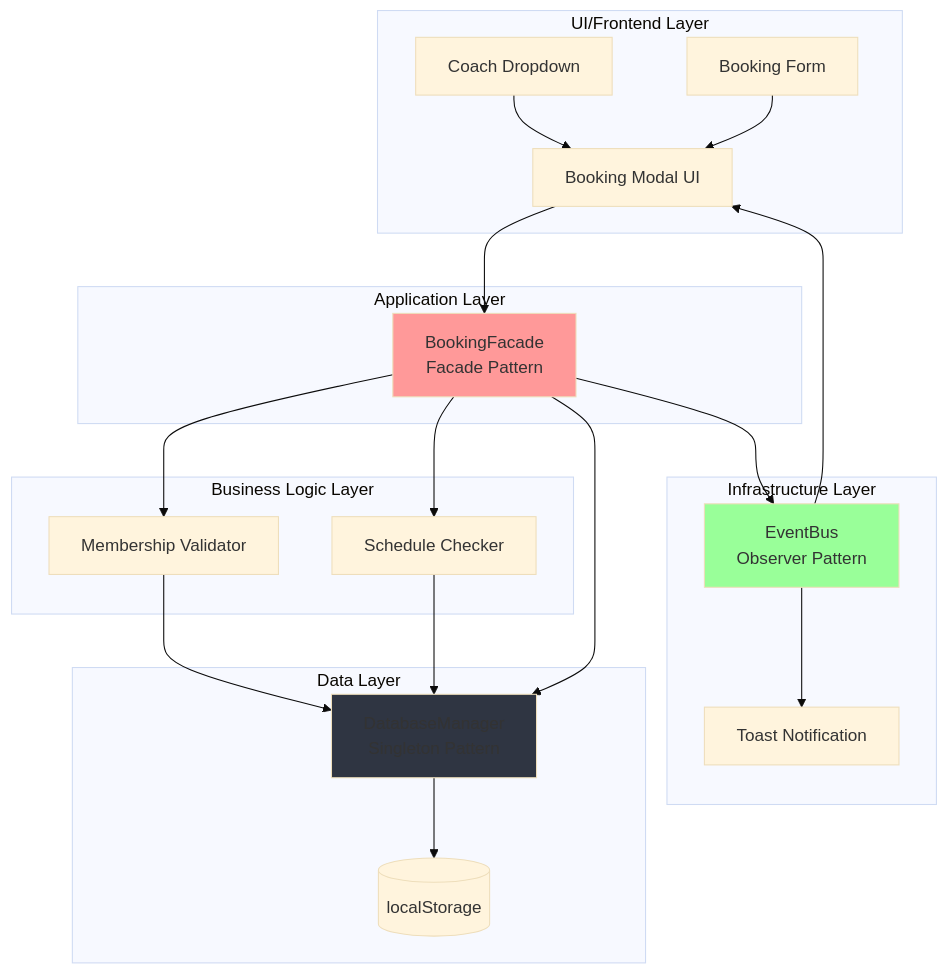
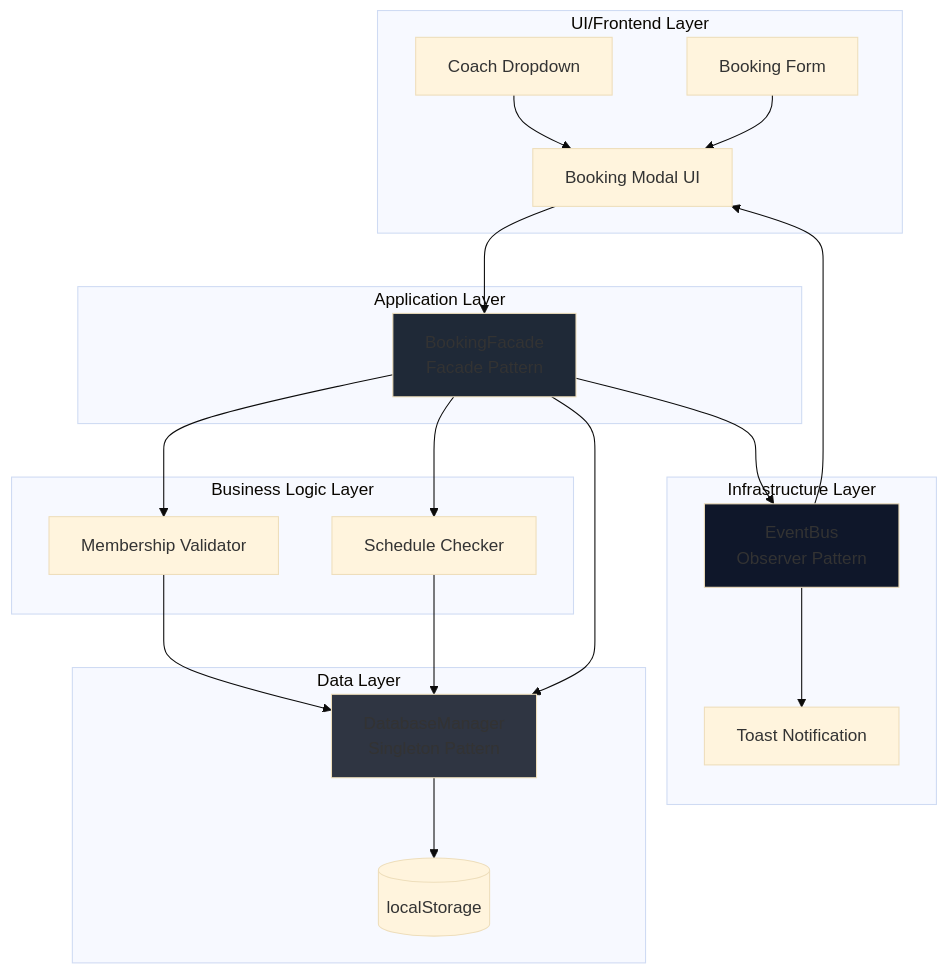
The diagram in README.md (ismayaaa/bisa-bugar-astro), drawn with Mermaid (base theme) before and after one commit.

````diff
--- a/README.md
+++ b/README.md
@@ -15,47 +15,47 @@
 ```mermaid
 graph TB
     subgraph "UI/Frontend Layer"
         UI[Booking Modal UI]
         Dropdown[Coach Dropdown]
         Form[Booking Form]
     end
     
     subgraph "Application Layer"
         Facade[BookingFacade<br/>Facade Pattern]
     end
     
     subgraph "Business Logic Layer"
         Validator[Membership Validator]
         Checker[Schedule Checker]
     end
     
     subgraph "Data Layer"
         DBManager[DatabaseManager<br/>Singleton Pattern]
         Storage[(localStorage)]
     end
     
     subgraph "Infrastructure Layer"
         EventBus[EventBus<br/>Observer Pattern]
         Notification[Toast Notification]
     end
     
     UI --> Facade
     Dropdown --> UI
     Form --> UI
     
     Facade --> Validator
     Facade --> Checker
     Facade --> DBManager
     Facade --> EventBus
     
     Validator --> DBManager
     Checker --> DBManager
     DBManager --> Storage
     
     EventBus --> Notification
     EventBus --> UI
     
-    style Facade fill:#ff9999
+    style Facade fill:#1f2937
     style DBManager fill:#2f3542
-    style EventBus fill:#99ff99
+    style EventBus fill:#0f172a
 ```
````
